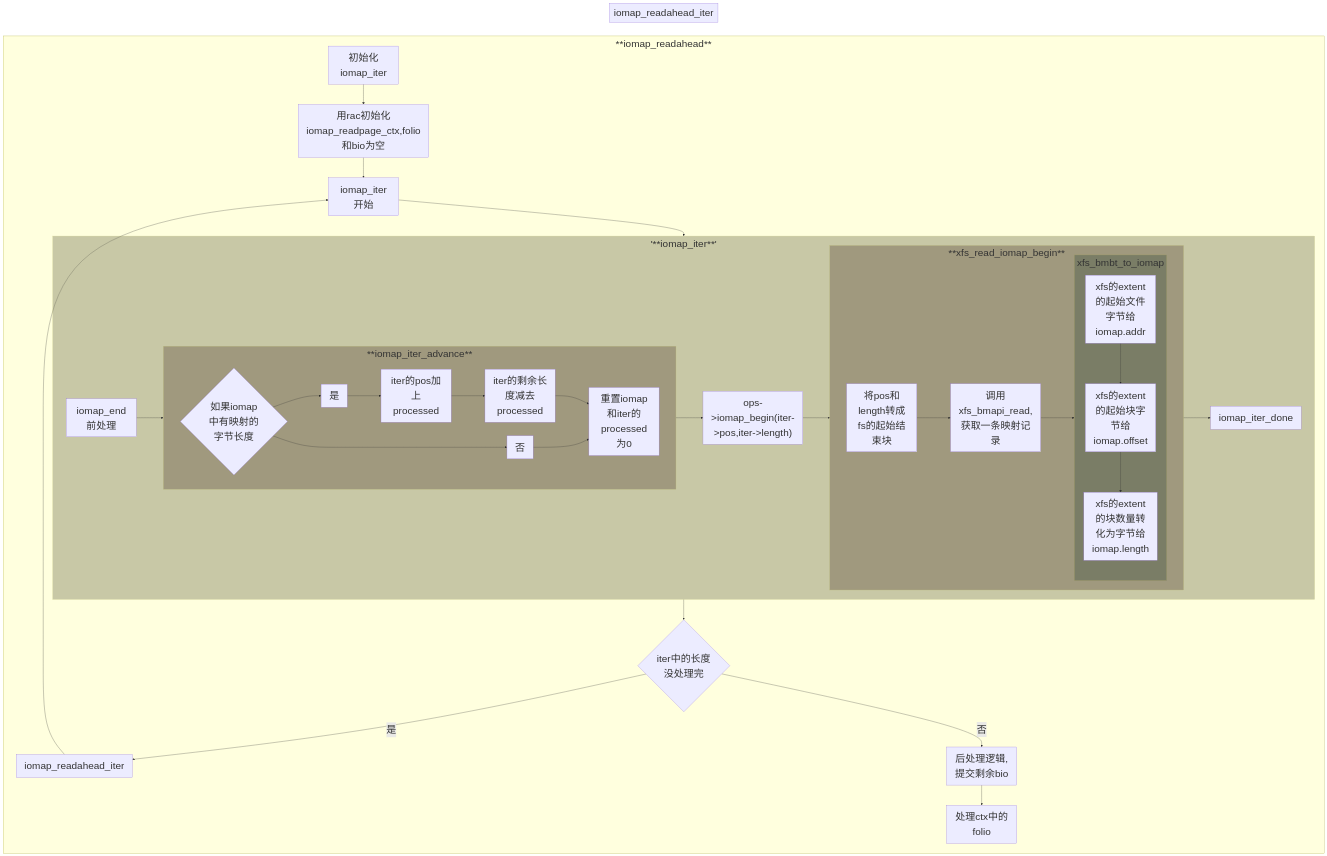
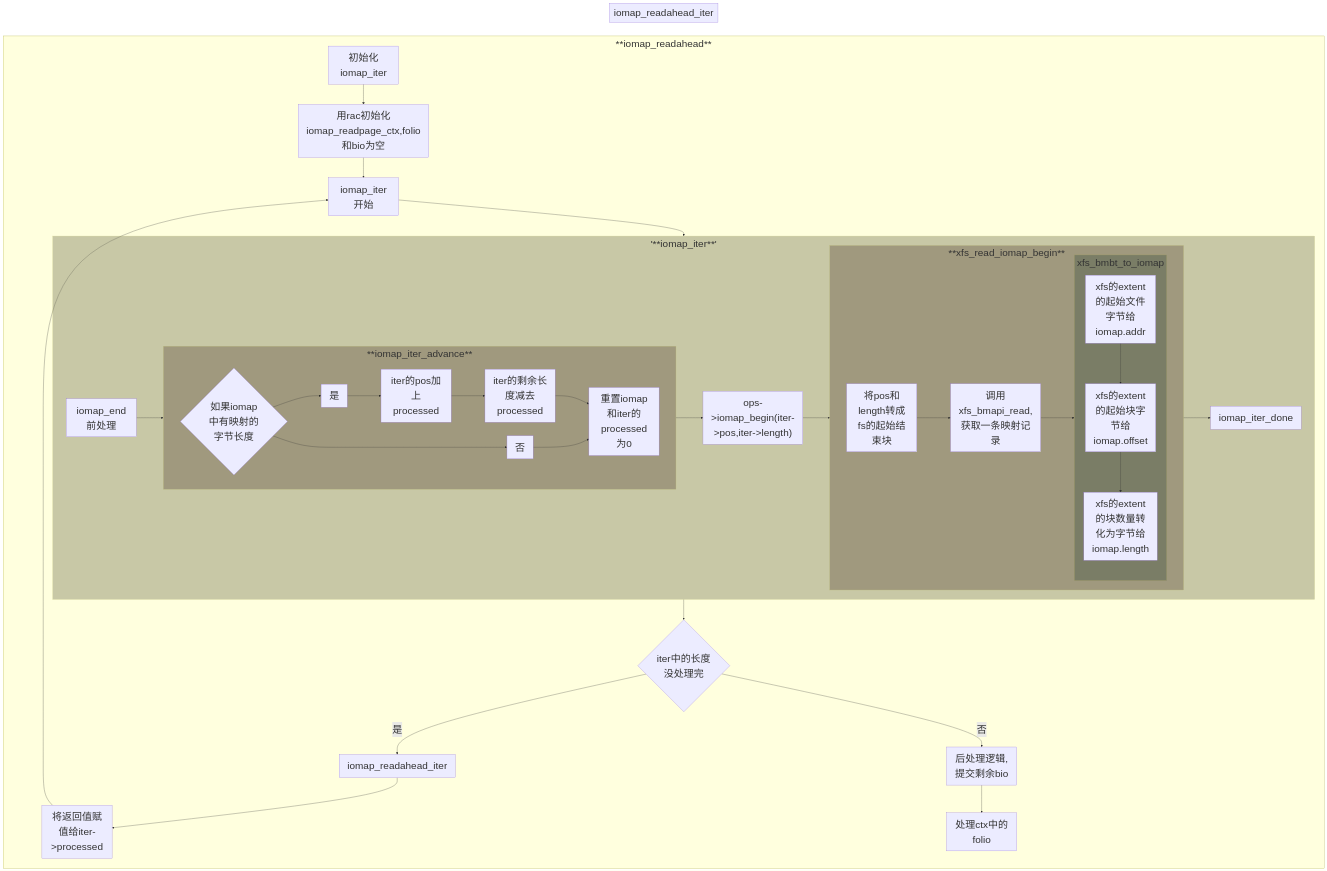
One commit to sigmanature/learn_os_note changed the first of 2 diagrams in 6.13.1内核文档注释/fs/iomap/buffered_io.c/README.md. Above: the diagram before and after it, drawn with Mermaid. The commit also changed 1 other file, not shown here.

````diff
--- a/6.13.1内核文档注释/fs/iomap/buffered_io.c/README.md
+++ b/6.13.1内核文档注释/fs/iomap/buffered_io.c/README.md
@@ -2,43 +2,43 @@
 ```mermaid
 %%{init: {
   "themeVariables": 
 { 
     "fontSize": "37px"  
 }
 }}%%
 %%{wrap:true}%%
 graph LR
     subgraph c[**iomap_iter_advance**]
         1{如果iomap中有映射的字节长度}
         1-->是-->iter的pos加上processed-->iter的剩余长度减去processed-->2[重置iomap和iter的processed为0]
         1-->否-->2
     end
     subgraph 5[xfs_bmbt_to_iomap]
     o[xfs的extent的起始文件字节给iomap.addr]-->r[xfs的extent的起始块字节给iomap.offset]-->p[xfs的extent的块数量转化为字节给iomap.length]
     end
     subgraph d[**xfs_read_iomap_begin**]
     3[将pos和length转成fs的起始结束块]-->4["调用xfs_bmapi_read,获取一条映射记录"]-->5
     end
     subgraph b['**iomap_iter**']
         G[iomap_end前处理]-->c-->I["ops->iomap_begin(iter->pos,iter->length)"]-->d-->K[iomap_iter_done]
     end
     style b fill:#775,opacity:0.4
     style c fill:#654,opacity:0.4
     style d fill:#654,opacity:0.4
     style 5 fill:#454,opacity:0.4
     subgraph a[**iomap_readahead**]
         A[初始化iomap_iter]-->B[用rac初始化iomap_readpage_ctx,folio和bio为空]-->bg[iomap_iter开始]-->b
         b-->C{"iter中的长度没处理完"}
-        C--是-->D[iomap_readahead_iter]-->bg
+        C--是-->D[iomap_readahead_iter]-->proc[将返回值赋值给iter->processed]-->bg
         C--否-->E[后处理逻辑,提交剩余bio]-->F[处理ctx中的folio]
     end
     subgraph e[iomap_readahead_iter]
     
     end
 click A "https://github.com/sigmanature/learn_os_note/blob/main/6.13.1%E5%86%85%E6%A0%B8%E6%96%87%E6%A1%A3%E6%B3%A8%E9%87%8A/include/linux/iomap.h/struct_iomap_iter.md"
 click 1 "https://github.com/sigmanature/learn_os_note/blob/main/6.13.1%E5%86%85%E6%A0%B8%E6%96%87%E6%A1%A3%E6%B3%A8%E9%87%8A/fs/iomap/iter.c/iomap_iter_advance.md"
 click 3 "https://github.com/sigmanature/learn_os_note/blob/main/6.13.1%E5%86%85%E6%A0%B8%E6%96%87%E6%A1%A3%E6%B3%A8%E9%87%8A/fs/xfs/xfs_iomap.c/xfs_read_iomap_begin.md"
 click o "https://github.com/sigmanature/learn_os_note/blob/main/6.13.1%E5%86%85%E6%A0%B8%E6%96%87%E6%A1%A3%E6%B3%A8%E9%87%8A/fs/xfs/xfs_iomap.c/xfs_bmbt_to_iomap.md"
 click 4 "https://github.com/sigmanature/learn_os_note/blob/main/6.13.1%E5%86%85%E6%A0%B8%E6%96%87%E6%A1%A3%E6%B3%A8%E9%87%8A/fs/xfs/xfs_iomap.c/xfs_bmapi_read.md"
 click D "https://github.com/sigmanature/learn_os_note/blob/main/6.13.1%E5%86%85%E6%A0%B8%E6%96%87%E6%A1%A3%E6%B3%A8%E9%87%8A/fs/iomap/buffered_io.c/iomap_readahead_iter.md"
 ```
````
